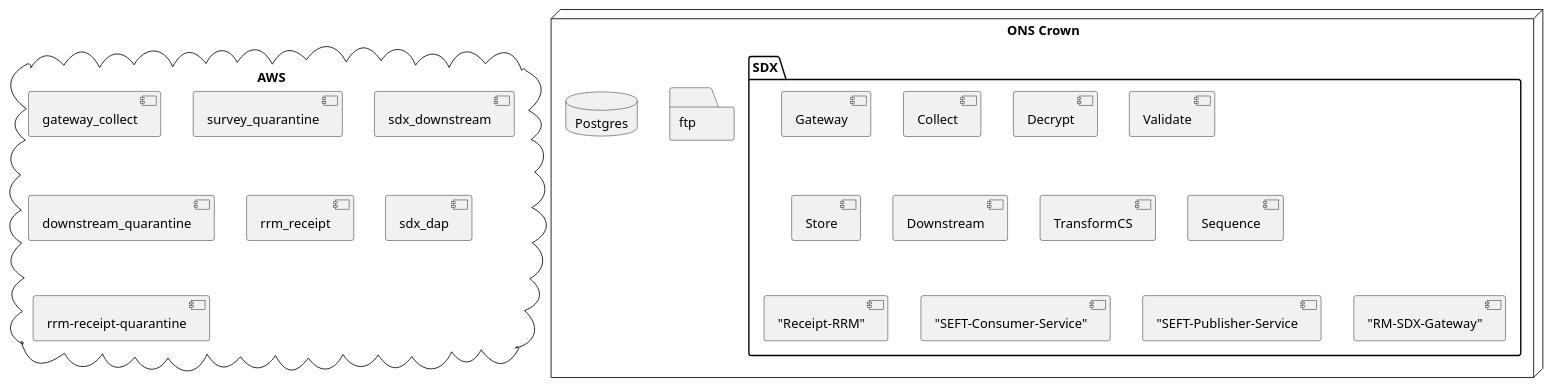
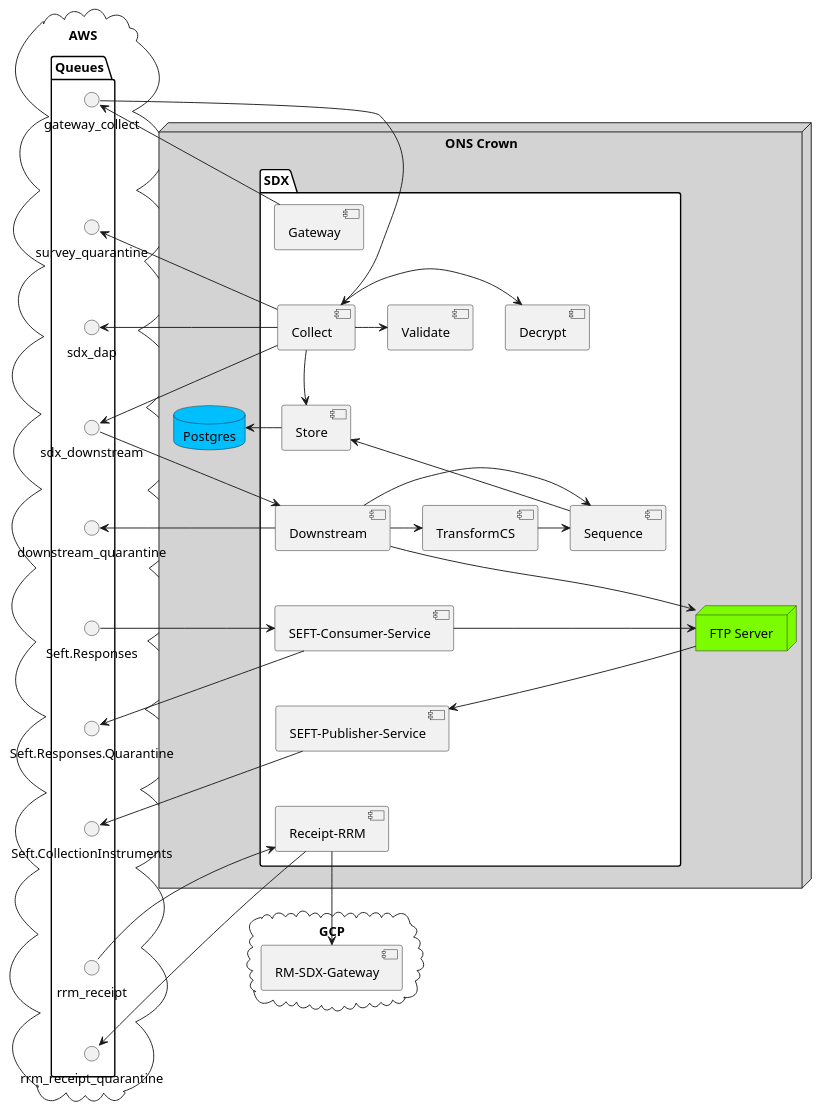
The diagram in docs/uml/service-component.puml (ONSdigital/sdx-compose), drawn with PlantUML before and after one commit. The commit also changed 1 other file, not shown here.

Commit message:
updated diagrams

```diff
--- a/docs/uml/service-component.puml
+++ b/docs/uml/service-component.puml
@@ -1,35 +1,90 @@
 @startuml
 
+skinparam componentStyle uml2
+
 cloud "AWS" {
-[gateway_collect]
-[survey_quarantine]
-[sdx_downstream]
-[downstream_quarantine]
-[rrm_receipt]
-[sdx_dap]
-[rrm-receipt-quarantine]
+    package Queues{
+    () gateway_collect
+    () survey_quarantine
+    () sdx_downstream
+    () downstream_quarantine
+    () rrm_receipt
+    () sdx_dap
+    () rrm_receipt_quarantine
+    () "Seft.CollectionInstruments"
+    () "Seft.Responses"
+    () "Seft.Responses.Quarantine"
+    }
 }
 
-node "ONS Crown"{
-package "SDX" {
-[Gateway] as g
-[Collect] as c
-[Decrypt] as d
-[Validate] as v
-[Store] as st
-[Downstream] as ds
-[TransformCS] as t
-[Sequence] as seq
-["Receipt-RRM"] as r
-["SEFT-Consumer-Service"] as scs
-["SEFT-Publisher-Service] as sps
-["RM-SDX-Gateway"] as rmg
+cloud "GCP" {
+[RM-SDX-Gateway] as rmg
 }
 
-folder ftp{
-}
-database "Postgres"{
-}
+node "ONS Crown" #lightgrey{
+    package "SDX" #white{
+    [Gateway] as g
+    [Collect] as c
+    [Decrypt] as d
+    [Validate] as v
+    [Store] as st
+    [Downstream] as ds
+    [TransformCS] as t
+    [Sequence] as seq
+    [Receipt-RRM] as r
+    [SEFT-Consumer-Service] as scs
+    [SEFT-Publisher-Service] as sps
+    }
+
+    node "FTP Server" as ftp #LawnGreen{
+    }
+    database Postgres as pg #DeepSkyBlue{
+    }
 }
 
+gateway_collect -[hidden]-> survey_quarantine
+survey_quarantine -[hidden]-> sdx_dap
+sdx_dap -[hidden]-> sdx_downstream
+sdx_downstream -[hidden]-> downstream_quarantine
+downstream_quarantine -[hidden]-> Seft.Responses
+Seft.Responses -[hidden]-> Seft.Responses.Quarantine
+Seft.Responses.Quarantine -[hidden]-> Seft.CollectionInstruments
+Seft.CollectionInstruments -[hidden]-> rrm_receipt
+rrm_receipt -[hidden]-> rrm_receipt_quarantine
+
+g -[hidden]-> c
+c -[hidden]-> st
+st -[hidden]-> ds
+ds -[hidden]-> scs
+scs  -[hidden]-> sps
+sps -[hidden]-> r
+
+g -> gateway_collect
+gateway_collect -> c
+c -> survey_quarantine
+c -> sdx_dap
+c -> d
+c -> v
+c -> st
+c -> sdx_downstream
+
+sdx_downstream -> ds
+ds -> downstream_quarantine
+ds -> seq
+ds -> t
+t -> seq
+seq -> st
+st -r-> pg
+ds -> ftp
+
+Seft.Responses -> scs
+scs -> Seft.Responses.Quarantine
+scs -> ftp
+ftp -> sps
+sps -> Seft.CollectionInstruments
+
+rrm_receipt -> r
+r --> rmg
+r -> rrm_receipt_quarantine
+
 @enduml
```
